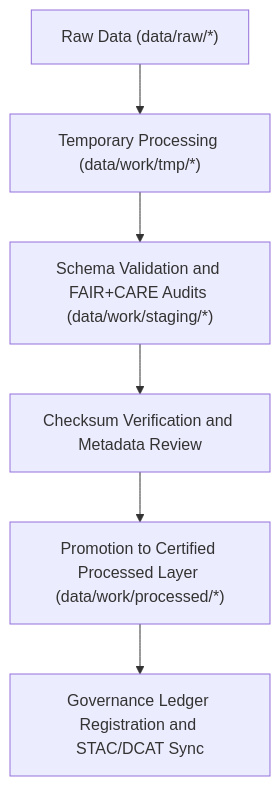
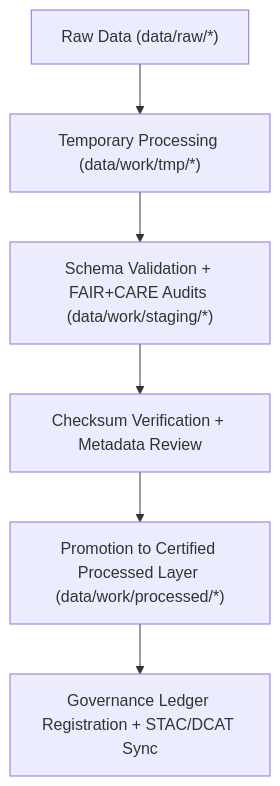
The diagram in data/work/staging/README.md (bartytime4life/Kansas-Frontier-Matrix), drawn with Mermaid before and after one commit. The commit also changed other lines of this file, not shown here.

````diff
--- a/data/work/staging/README.md
+++ b/data/work/staging/README.md
@@ -74,8 +76,8 @@
 ```mermaid
 flowchart TD
     A["Raw Data (data/raw/*)"] --> B["Temporary Processing (data/work/tmp/*)"]
-    B --> C["Schema Validation and FAIR+CARE Audits (data/work/staging/*)"]
-    C --> D["Checksum Verification and Metadata Review"]
+    B --> C["Schema Validation + FAIR+CARE Audits (data/work/staging/*)"]
+    C --> D["Checksum Verification + Metadata Review"]
     D --> E["Promotion to Certified Processed Layer (data/work/processed/*)"]
-    E --> F["Governance Ledger Registration and STAC/DCAT Sync"]
+    E --> F["Governance Ledger Registration + STAC/DCAT Sync"]
 ```
````
